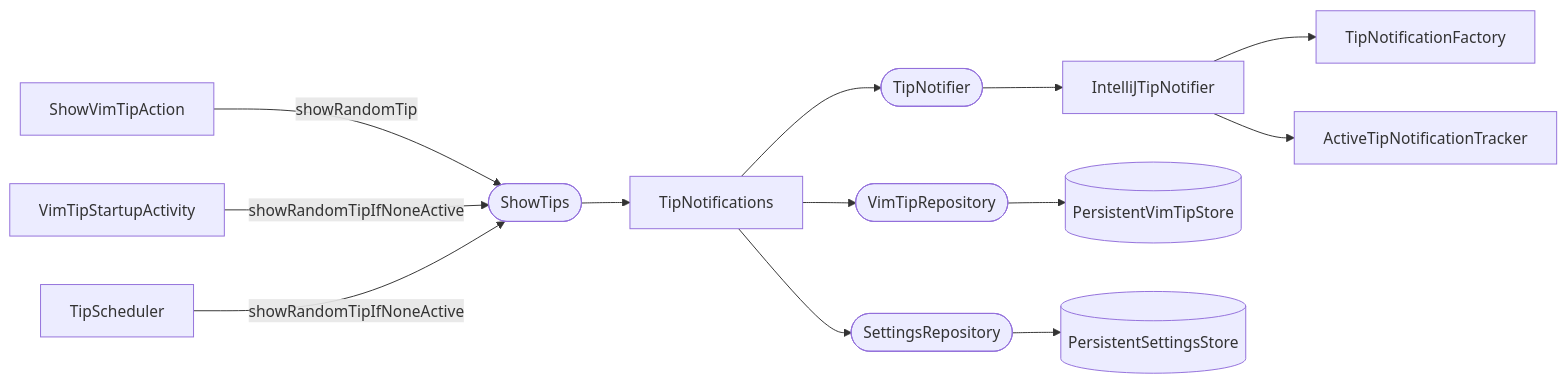
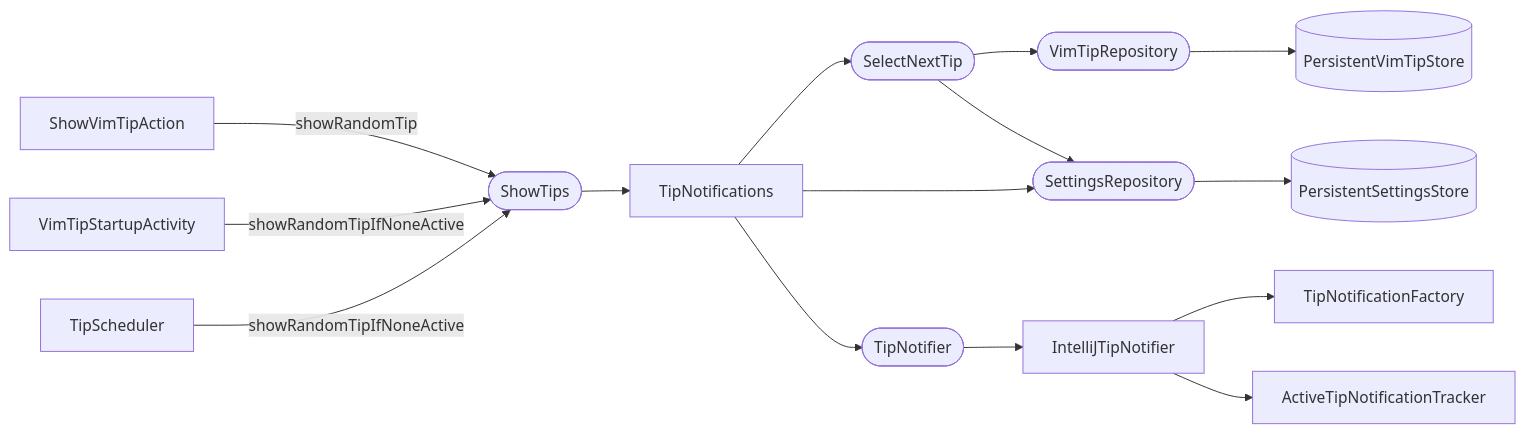
One commit to pooryam92/vim-coach changed the diagram in docs/features/show-tip.md. Above: the diagram before and after it, drawn with Mermaid. The commit also changed other lines of this file and 26 other files, not shown here.

````diff
--- a/docs/features/show-tip.md
+++ b/docs/features/show-tip.md
@@ -7,15 +7,17 @@
 ```mermaid
 graph LR
     A1[ShowVimTipAction] -->|showRandomTip| B
     A2[VimTipStartupActivity] -->|showRandomTipIfNoneActive| B
     A3[TipScheduler] -->|showRandomTipIfNoneActive| B
     B([ShowTips]) --> C[TipNotifications]
-    C --> D([VimTipRepository])
+    C --> S([SelectNextTip])
     C --> E([SettingsRepository])
     C --> N([TipNotifier])
     N --> NA[IntelliJTipNotifier]
     NA --> F[TipNotificationFactory]
     NA --> T[ActiveTipNotificationTracker]
+    S --> D([VimTipRepository])
+    S --> E
     D --> G[(PersistentVimTipStore)]
     E --> H[(PersistentSettingsStore)]
 ```
````
